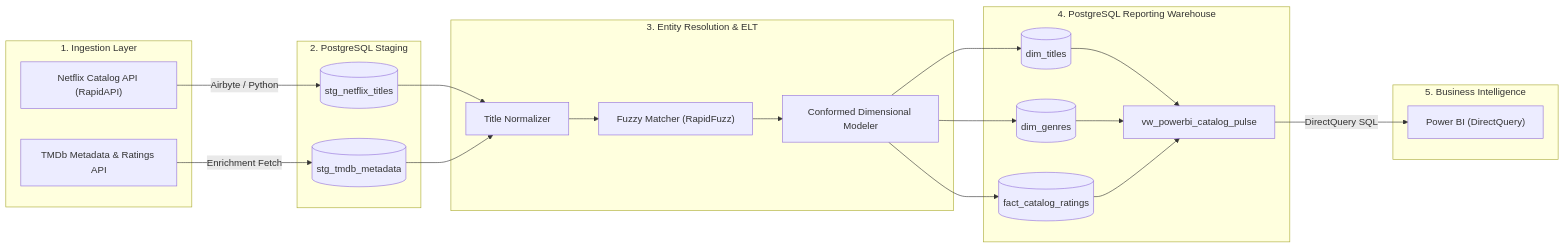
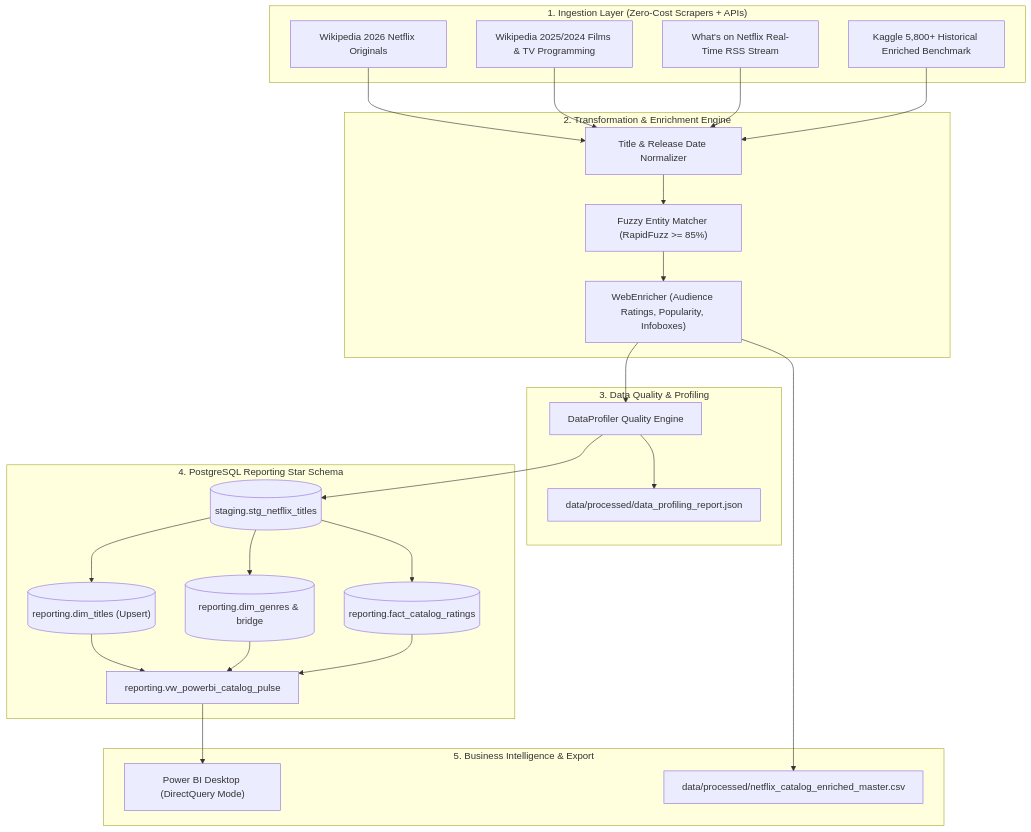
One commit to Sohila-Khaled-Abbas/streampulse changed the diagram in README.md. Above: the diagram before and after it, drawn with Mermaid. The commit also changed other lines of this file and 5 other files, not shown here.

First line of the commit message:
docs: comprehensive documentation updates for 2026 live streaming ELT and Power BI DirectQuery

````diff
--- a/README.md
+++ b/README.md
@@ -66,39 +67,42 @@
 ```mermaid
-flowchart LR
-    subgraph Ingestion["1. Ingestion Layer"]
-        A["Netflix Catalog API (RapidAPI)"]
-        B["TMDb Metadata & Ratings API"]
+flowchart TD
+    subgraph Sources["1. Ingestion Layer (Zero-Cost Scrapers + APIs)"]
+        A1["Wikipedia 2026 Netflix Originals"]
+        A2["Wikipedia 2025/2024 Films & TV Programming"]
+        A3["What's on Netflix Real-Time RSS Stream"]
+        A4["Kaggle 5,800+ Historical Enriched Benchmark"]
     end
 
-    subgraph Landing["2. PostgreSQL Staging"]
-        C[("stg_netflix_titles")]
-        D[("stg_tmdb_metadata")]
+    subgraph Processing["2. Transformation & Enrichment Engine"]
+        B1["Title & Release Date Normalizer"]
+        B2["Fuzzy Entity Matcher (RapidFuzz >= 85%)"]
+        B3["WebEnricher (Audience Ratings, Popularity, Infoboxes)"]
     end
 
-    subgraph Processing["3. Entity Resolution & ELT"]
-        E["Title Normalizer"]
-        F["Fuzzy Matcher (RapidFuzz)"]
-        G["Conformed Dimensional Modeler"]
+    subgraph Profiling["3. Data Quality & Profiling"]
+        C1["DataProfiler Quality Engine"]
+        C2["data/processed/data_profiling_report.json"]
     end
 
-    subgraph Warehouse["4. PostgreSQL Reporting Warehouse"]
-        H[("dim_titles")]
-        I[("dim_genres")]
-        J[("fact_catalog_ratings")]
-        K["vw_powerbi_catalog_pulse"]
+    subgraph Warehouse["4. PostgreSQL Reporting Star Schema"]
+        D1[("staging.stg_netflix_titles")]
+        D2[("reporting.dim_titles (Upsert)")]
+        D3[("reporting.dim_genres & bridge")]
+        D4[("reporting.fact_catalog_ratings")]
+        D5["reporting.vw_powerbi_catalog_pulse"]
     end
 
-    subgraph BI["5. Business Intelligence"]
-        L["Power BI (DirectQuery)"]
+    subgraph BI["5. Business Intelligence & Export"]
+        E1["Power BI Desktop (DirectQuery Mode)"]
+        E2["data/processed/netflix_catalog_enriched_master.csv"]
     end
 
-    A -->|Airbyte / Python| C
-    B -->|Enrichment Fetch| D
-    C --> E
-    D --> E
-    E --> F
-    F --> G
-    G --> H & I & J
-    H & I & J --> K
-    K -->|DirectQuery SQL| L
+    A1 & A2 & A3 & A4 --> B1
+    B1 --> B2 --> B3
+    B3 --> C1 --> C2
+    C1 --> D1
+    D1 --> D2 & D3 & D4
+    D2 & D3 & D4 --> D5
+    D5 --> E1
+    B3 --> E2
 ```
````
